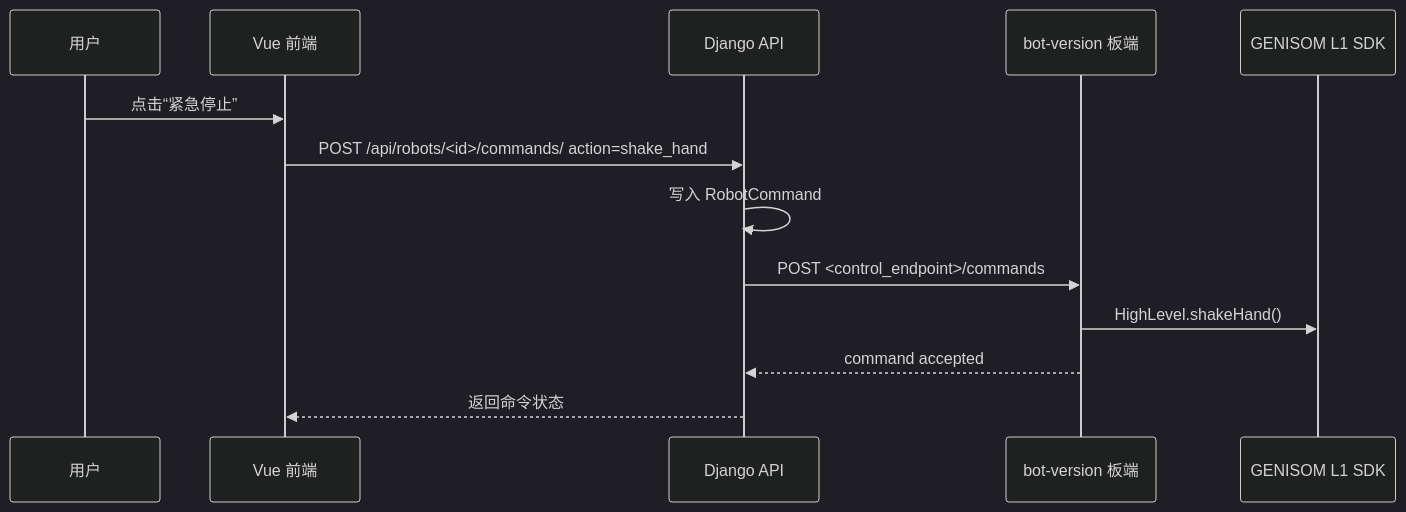
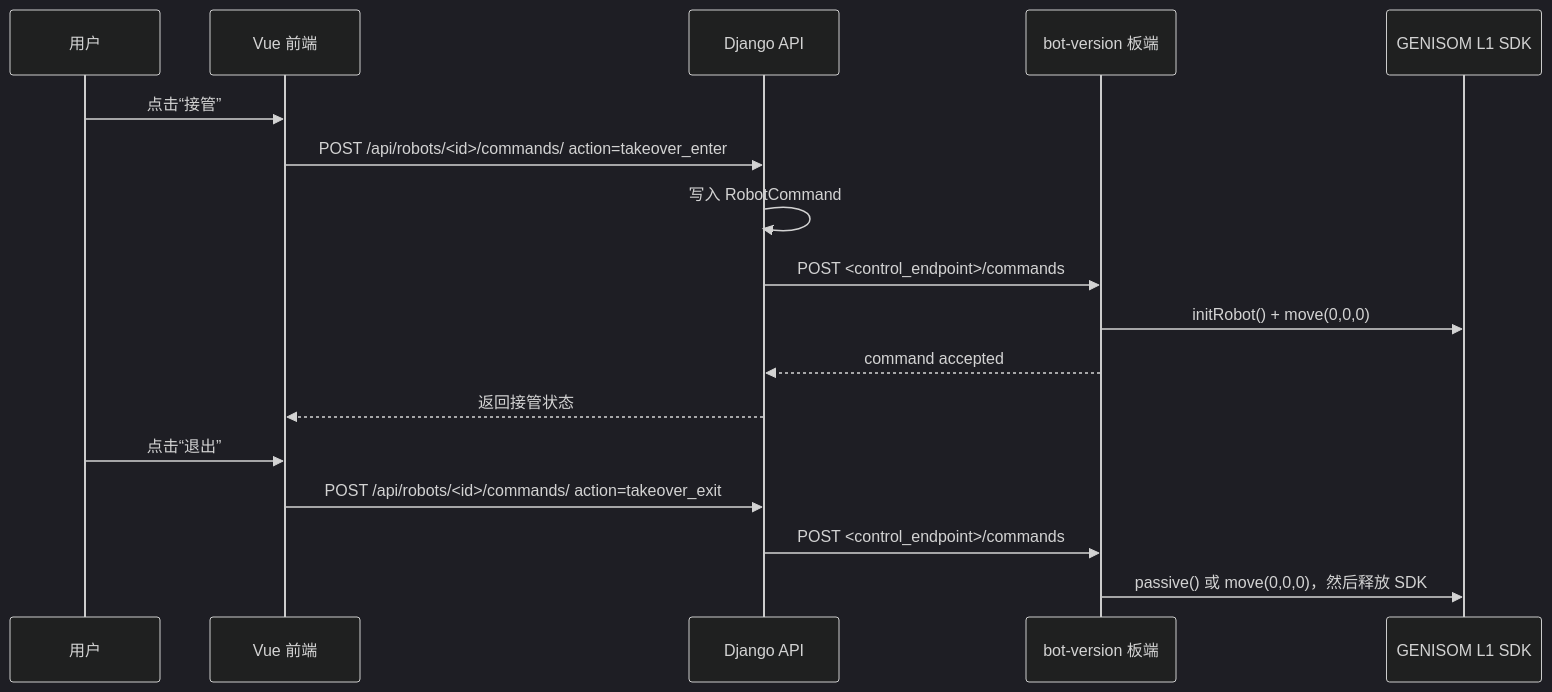
The fourth of 4 diagrams in docs/project-architecture.md (handaoqi/newrobot), drawn with Mermaid (dark theme) before and after one commit. The commit also changed other lines of this file and 8 other files, not shown here.

````diff
--- a/docs/project-architecture.md
+++ b/docs/project-architecture.md
@@ -155,16 +155,20 @@
 ```mermaid
 sequenceDiagram
   participant User as 用户
   participant Web as Vue 前端
   participant API as Django API
   participant Edge as bot-version 板端
   participant SDK as GENISOM L1 SDK
 
-  User->>Web: 点击“紧急停止”
-  Web->>API: POST /api/robots/<id>/commands/ action=shake_hand
+  User->>Web: 点击“接管”
+  Web->>API: POST /api/robots/<id>/commands/ action=takeover_enter
   API->>API: 写入 RobotCommand
   API->>Edge: POST <control_endpoint>/commands
-  Edge->>SDK: HighLevel.shakeHand()
+  Edge->>SDK: initRobot() + move(0,0,0)
   Edge-->>API: command accepted
-  API-->>Web: 返回命令状态
+  API-->>Web: 返回接管状态
+  User->>Web: 点击“退出”
+  Web->>API: POST /api/robots/<id>/commands/ action=takeover_exit
+  API->>Edge: POST <control_endpoint>/commands
+  Edge->>SDK: passive() 或 move(0,0,0)，然后释放 SDK
 ```
````
